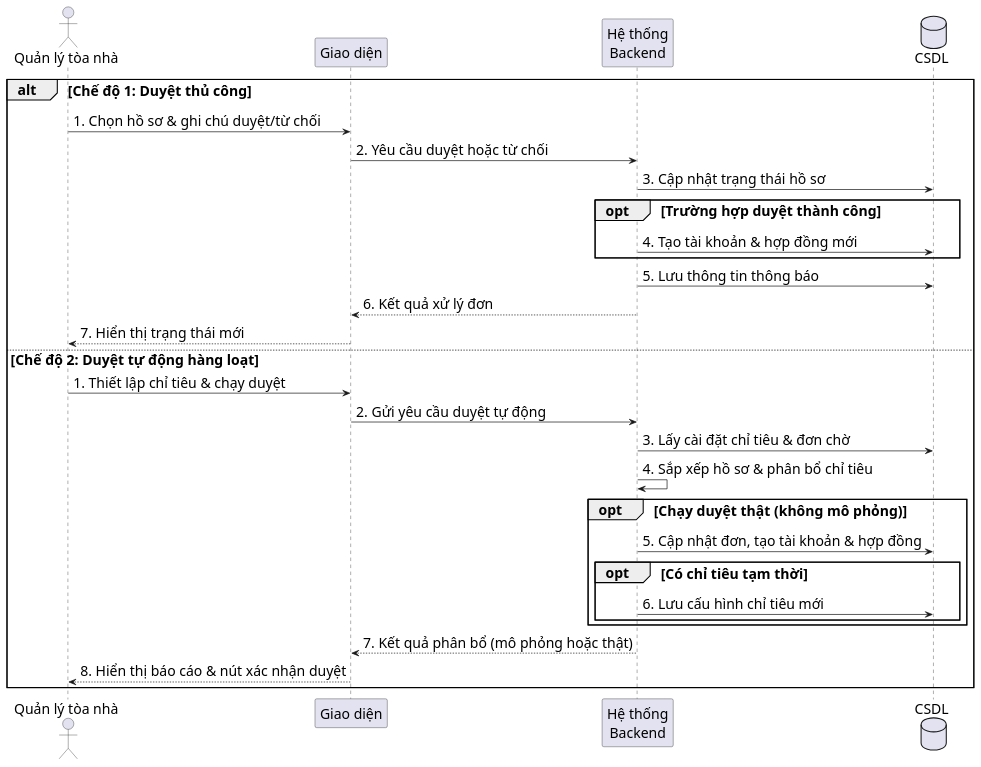
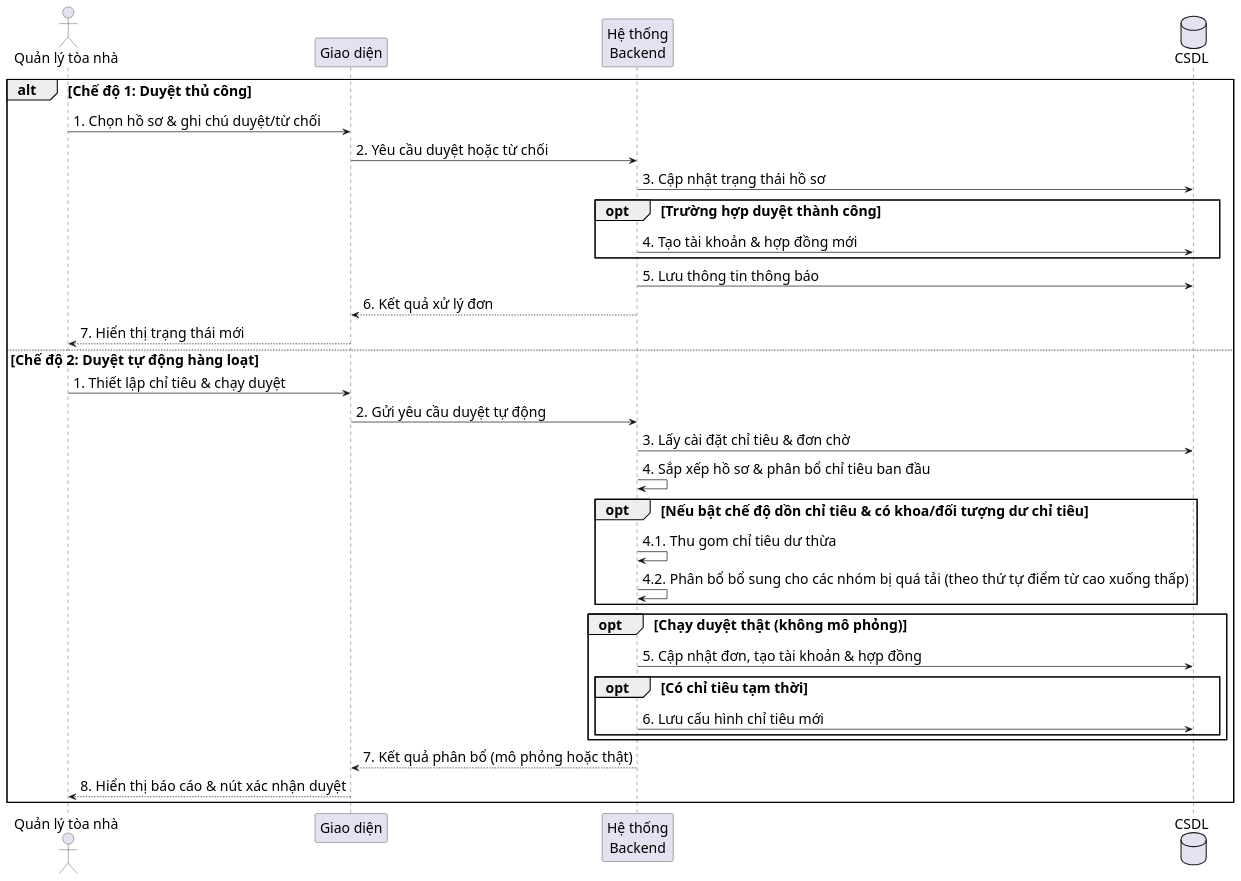
One commit to s0nbuildtech287/dormitory-frontend changed the diagram in diagrams/nhomhosodangky/registration_review_sequence.puml. Above: the diagram before and after it, drawn with PlantUML.

Commit message:
chỉnh lại biểu đồ

```diff
--- a/diagrams/nhomhosodangky/registration_review_sequence.puml
+++ b/diagrams/nhomhosodangky/registration_review_sequence.puml
@@ -1,38 +1,42 @@
 @startuml "Registration Review Sequence"
 skinparam defaultFontSize 20
 skinparam defaultFontName "Times New Roman"
 skinparam sequenceMessageSize 20
 
 actor "Quản lý tòa nhà" as Admin
 participant "Giao diện" as FE
 participant "Hệ thống\nBackend" as BE
 database "CSDL" as DB
 
 alt Chế độ 1: Duyệt thủ công
   Admin -> FE: 1. Chọn hồ sơ & ghi chú duyệt/từ chối
   FE -> BE: 2. Yêu cầu duyệt hoặc từ chối
   BE -> DB: 3. Cập nhật trạng thái hồ sơ
   opt Trường hợp duyệt thành công
     BE -> DB: 4. Tạo tài khoản & hợp đồng mới
   end
   BE -> DB: 5. Lưu thông tin thông báo
   BE --> FE: 6. Kết quả xử lý đơn
   FE --> Admin: 7. Hiển thị trạng thái mới
 
 else Chế độ 2: Duyệt tự động hàng loạt
   Admin -> FE: 1. Thiết lập chỉ tiêu & chạy duyệt
   FE -> BE: 2. Gửi yêu cầu duyệt tự động
   BE -> DB: 3. Lấy cài đặt chỉ tiêu & đơn chờ
-  BE -> BE: 4. Sắp xếp hồ sơ & phân bổ chỉ tiêu
+  BE -> BE: 4. Sắp xếp hồ sơ & phân bổ chỉ tiêu ban đầu
+  opt Nếu bật chế độ dồn chỉ tiêu & có khoa/đối tượng dư chỉ tiêu
+    BE -> BE: 4.1. Thu gom chỉ tiêu dư thừa
+    BE -> BE: 4.2. Phân bổ bổ sung cho các nhóm bị quá tải (theo thứ tự điểm từ cao xuống thấp)
+  end
   
   opt Chạy duyệt thật (không mô phỏng)
     BE -> DB: 5. Cập nhật đơn, tạo tài khoản & hợp đồng
     opt Có chỉ tiêu tạm thời
       BE -> DB: 6. Lưu cấu hình chỉ tiêu mới
     end
   end
   
   BE --> FE: 7. Kết quả phân bổ (mô phỏng hoặc thật)
   FE --> Admin: 8. Hiển thị báo cáo & nút xác nhận duyệt
 end
 @enduml
```
